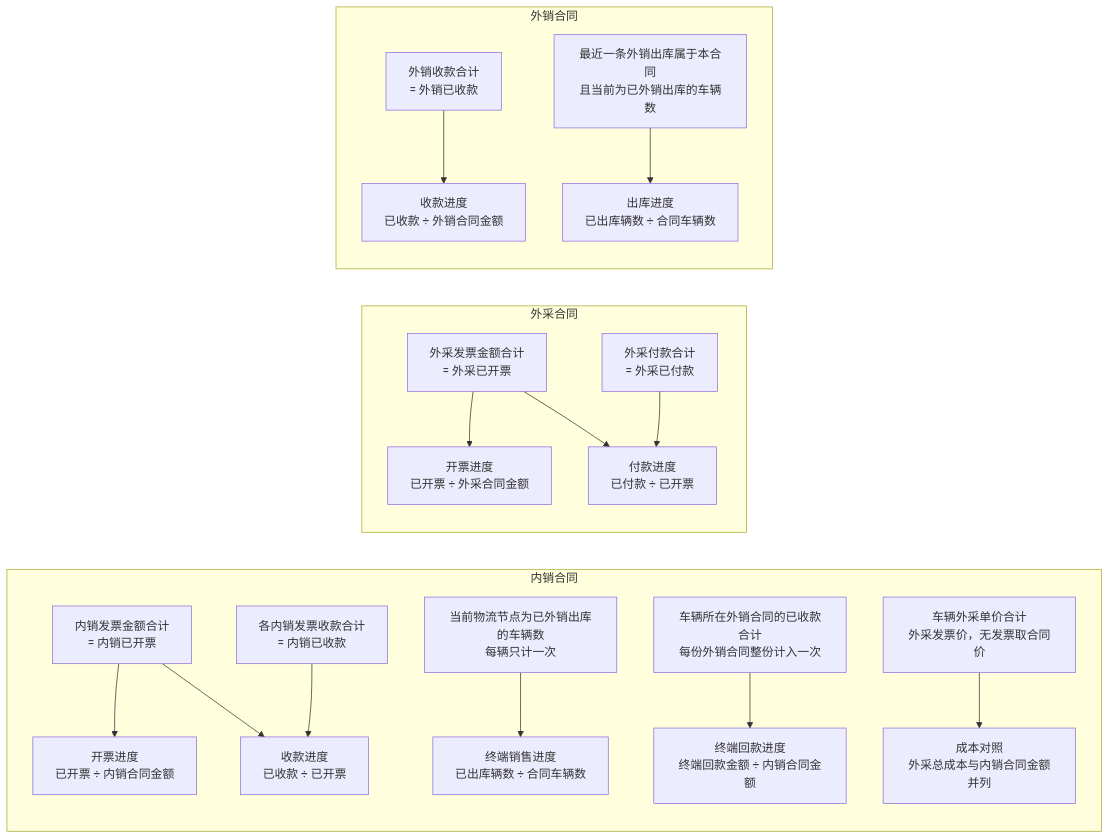
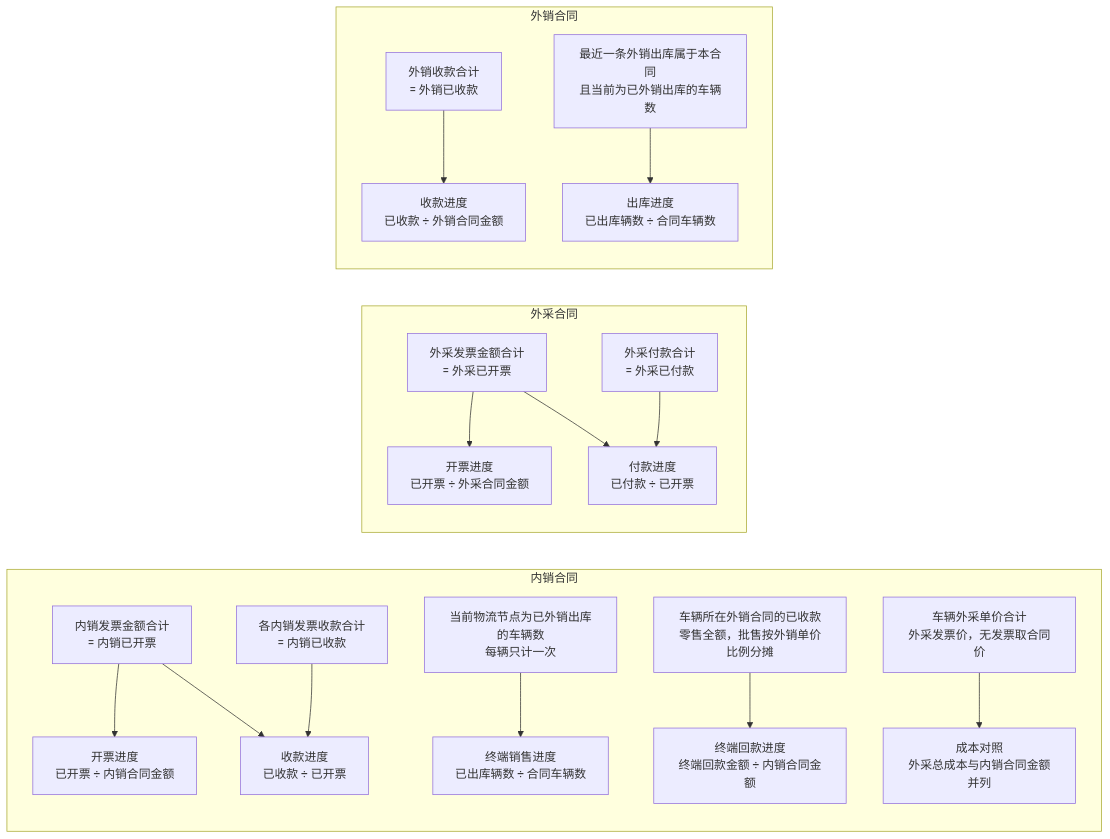
The third of 3 diagrams in asset-trust-platform/PRD/运营端/M4-合同信息/02-合同信息-流程图与状态机.md (wxblockchain/Chain-Financing), drawn with Mermaid before and after one commit. The commit also changed other lines of this file and 3 other files, not shown here.

````diff
--- a/asset-trust-platform/PRD/运营端/M4-合同信息/02-合同信息-流程图与状态机.md
+++ b/asset-trust-platform/PRD/运营端/M4-合同信息/02-合同信息-流程图与状态机.md
@@ -72,20 +72,20 @@
 ```mermaid
 flowchart LR
     subgraph 内销合同
       DINV[内销发票金额合计<br/>= 内销已开票] --> DP1[开票进度<br/>已开票 ÷ 内销合同金额]
       DREC[各内销发票收款合计<br/>= 内销已收款] --> DP2[收款进度<br/>已收款 ÷ 已开票]
       DINV --> DP2
       DOUT[当前物流节点为已外销出库的车辆数<br/>每辆只计一次] --> DP3[终端销售进度<br/>已出库辆数 ÷ 合同车辆数]
-      DEXR[车辆所在外销合同的已收款合计<br/>每份外销合同整份计入一次] --> DP4[终端回款进度<br/>终端回款金额 ÷ 内销合同金额]
+      DEXR[车辆所在外销合同的已收款<br/>零售全额，批售按外销单价比例分摊] --> DP4[终端回款进度<br/>终端回款金额 ÷ 内销合同金额]
       DCOST[车辆外采单价合计<br/>外采发票价，无发票取合同价] --> DTC[成本对照<br/>外采总成本与内销合同金额并列]
     end
     subgraph 外采合同
       PINV[外采发票金额合计<br/>= 外采已开票] --> PP1[开票进度<br/>已开票 ÷ 外采合同金额]
       PPAY[外采付款合计<br/>= 外采已付款] --> PP2[付款进度<br/>已付款 ÷ 已开票]
       PINV --> PP2
     end
     subgraph 外销合同
       EREC[外销收款合计<br/>= 外销已收款] --> EP1[收款进度<br/>已收款 ÷ 外销合同金额]
       EOUT[最近一条外销出库属于本合同<br/>且当前为已外销出库的车辆数] --> EP2[出库进度<br/>已出库辆数 ÷ 合同车辆数]
     end
 ```
````
